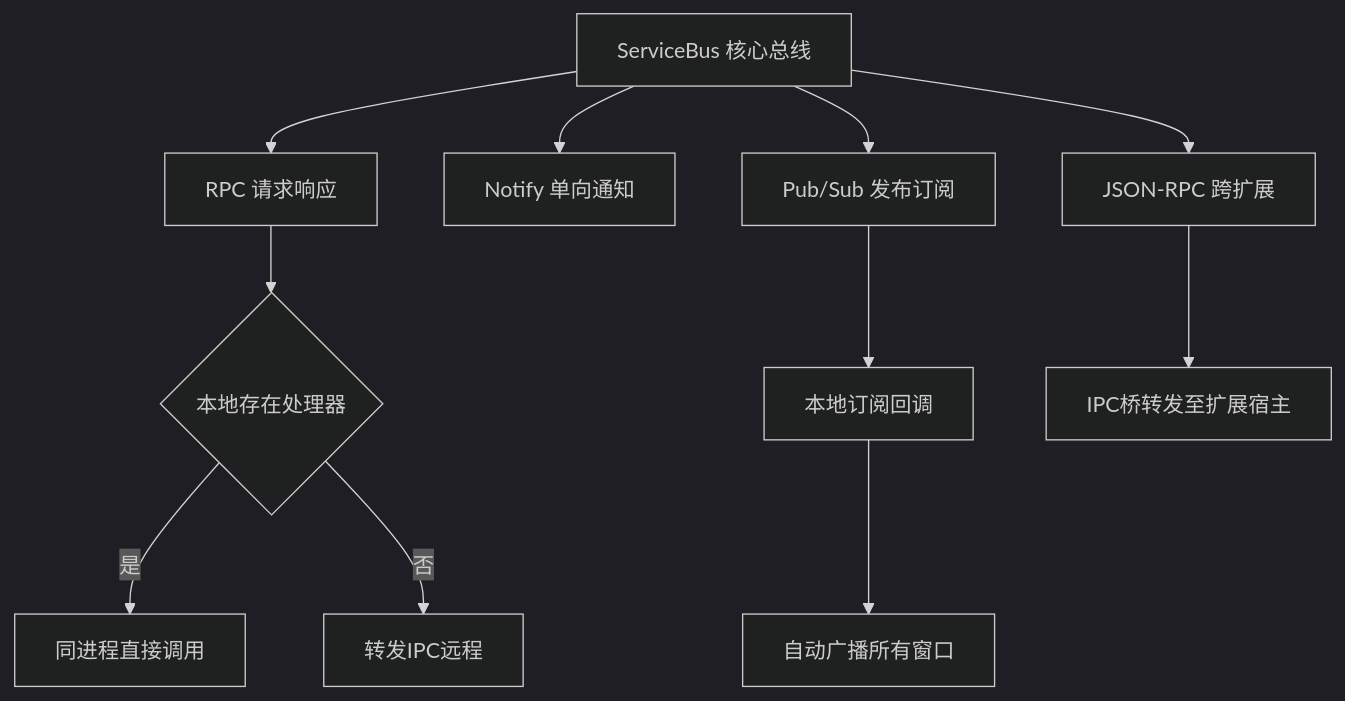
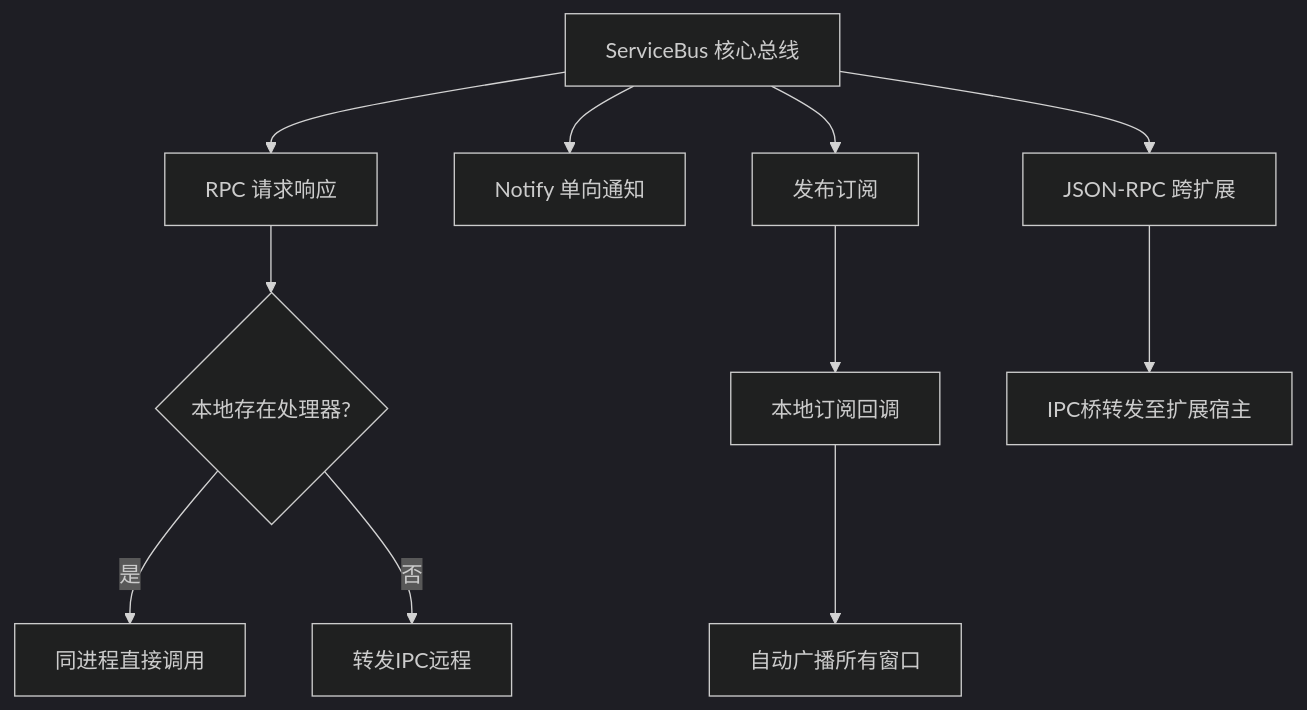
Before and after one commit to chongyin10/ideaCode: the fourth of 8 diagrams in README.md, drawn with Mermaid (dark theme). The commit also changed other lines of this file, not shown here.

````diff
--- a/README.md
+++ b/README.md
@@ -211,15 +211,15 @@
 ```mermaid
 flowchart TB
-    Bus[ServiceBus 核心总线]
-    Bus --> R[RPC 请求响应]
-    Bus --> N[Notify 单向通知]
-    Bus --> P[Pub/Sub 发布订阅]
-    Bus --> J[JSON-RPC 跨扩展]
+    Bus["ServiceBus 核心总线"]
+    Bus --> R["RPC 请求响应"]
+    Bus --> N["Notify 单向通知"]
+    Bus --> P["发布订阅"]
+    Bus --> J["JSON-RPC 跨扩展"]
 
-    R --> R1{本地存在处理器}
-    R1 -- 是 --> R2[同进程直接调用]
-    R1 -- 否 --> R3[转发IPC远程]
-    P --> P1[本地订阅回调]
-    P1 --> P2[自动广播所有窗口]
-    J --> J1[IPC桥转发至扩展宿主]
+    R --> R1{"本地存在处理器?"}
+    R1 -- 是 --> R2["同进程直接调用"]
+    R1 -- 否 --> R3["转发IPC远程"]
+    P --> P1["本地订阅回调"]
+    P1 --> P2["自动广播所有窗口"]
+    J --> J1["IPC桥转发至扩展宿主"]
 ```
````
